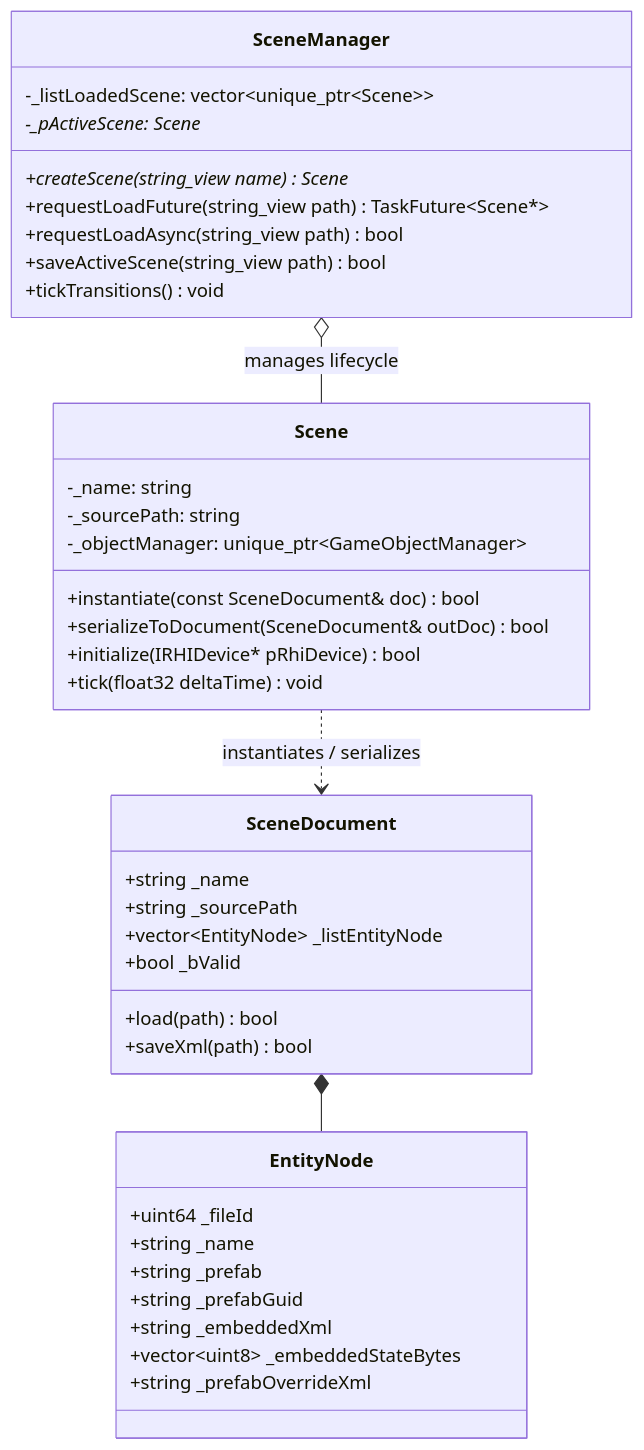
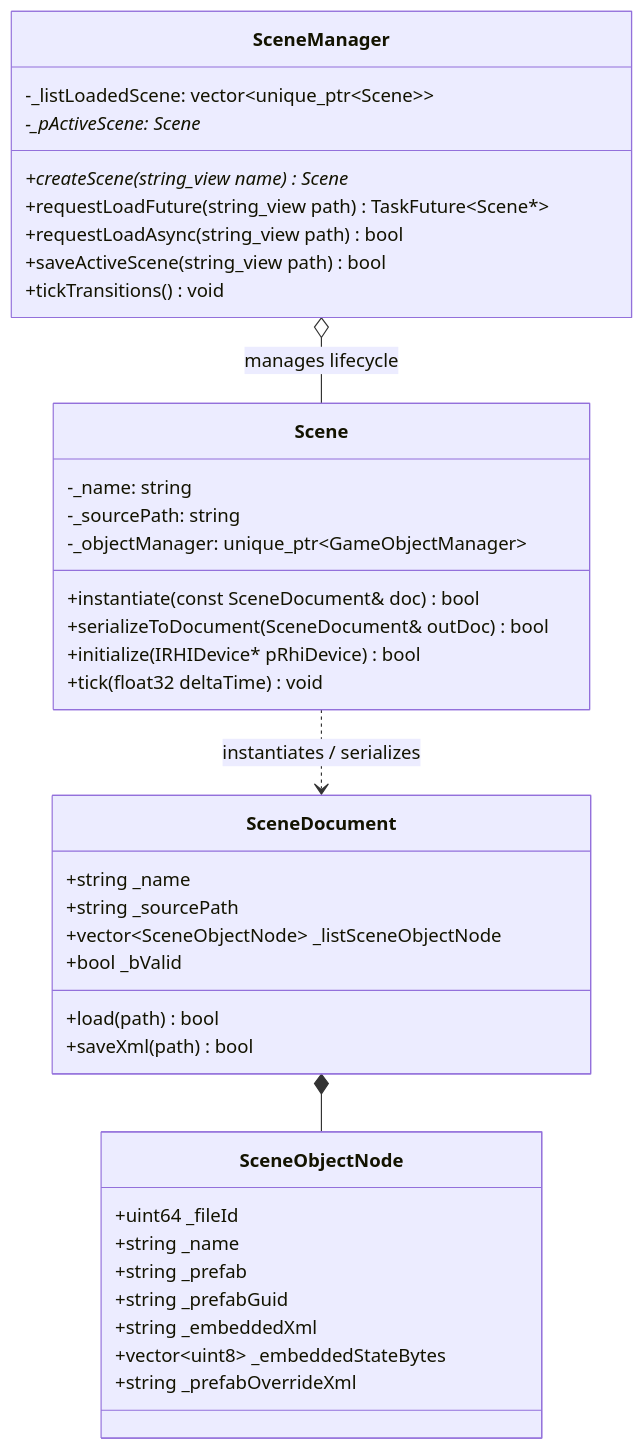
Before and after one commit to sswgame/LearningTemplate: the diagram in Source/Engine/Scene/README.md, drawn with Mermaid. The commit also changed other lines of this file and 71 other files, not shown here.

````diff
--- a/Source/Engine/Scene/README.md
+++ b/Source/Engine/Scene/README.md
@@ -11,45 +11,45 @@
 ```mermaid
 classDiagram
     class SceneDocument {
         +string _name
         +string _sourcePath
-        +vector~EntityNode~ _listEntityNode
+        +vector~SceneObjectNode~ _listSceneObjectNode
         +bool _bValid
         +load(path) bool
         +saveXml(path) bool
     }
 
-    class EntityNode {
+    class SceneObjectNode {
         +uint64 _fileId
         +string _name
         +string _prefab
         +string _prefabGuid
         +string _embeddedXml
         +vector~uint8~ _embeddedStateBytes
         +string _prefabOverrideXml
     }
 
     class Scene {
         -_name: string
         -_sourcePath: string
         -_objectManager: unique_ptr~GameObjectManager~
         +instantiate(const SceneDocument& doc) bool
         +serializeToDocument(SceneDocument& outDoc) bool
         +initialize(IRHIDevice* pRhiDevice) bool
         +tick(float32 deltaTime) void
     }
 
     class SceneManager {
         -_listLoadedScene: vector~unique_ptr~Scene~~
         -_pActiveScene: Scene*
         +createScene(string_view name) Scene*
         +requestLoadFuture(string_view path) TaskFuture~Scene*~
         +requestLoadAsync(string_view path) bool
         +saveActiveScene(string_view path) bool
         +tickTransitions() void
     }
 
-    SceneDocument *-- EntityNode
+    SceneDocument *-- SceneObjectNode
     Scene ..> SceneDocument : instantiates / serializes
     SceneManager o-- Scene : manages lifecycle
 ```
````
